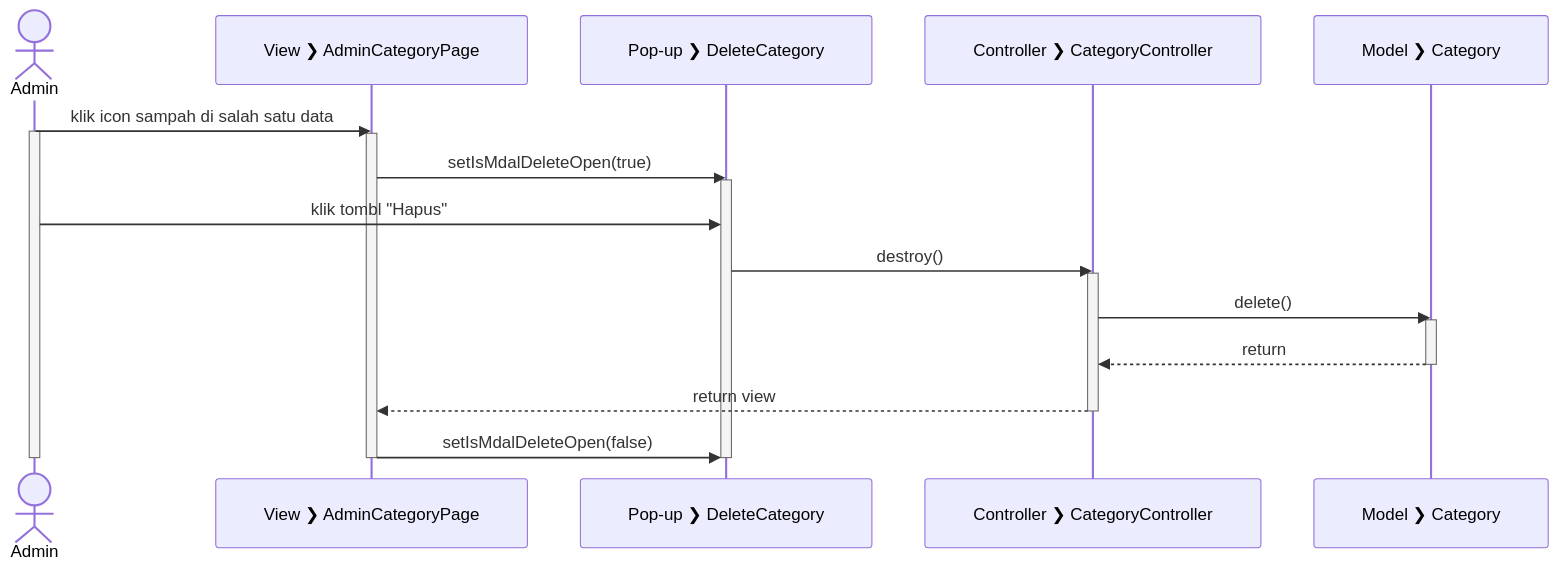
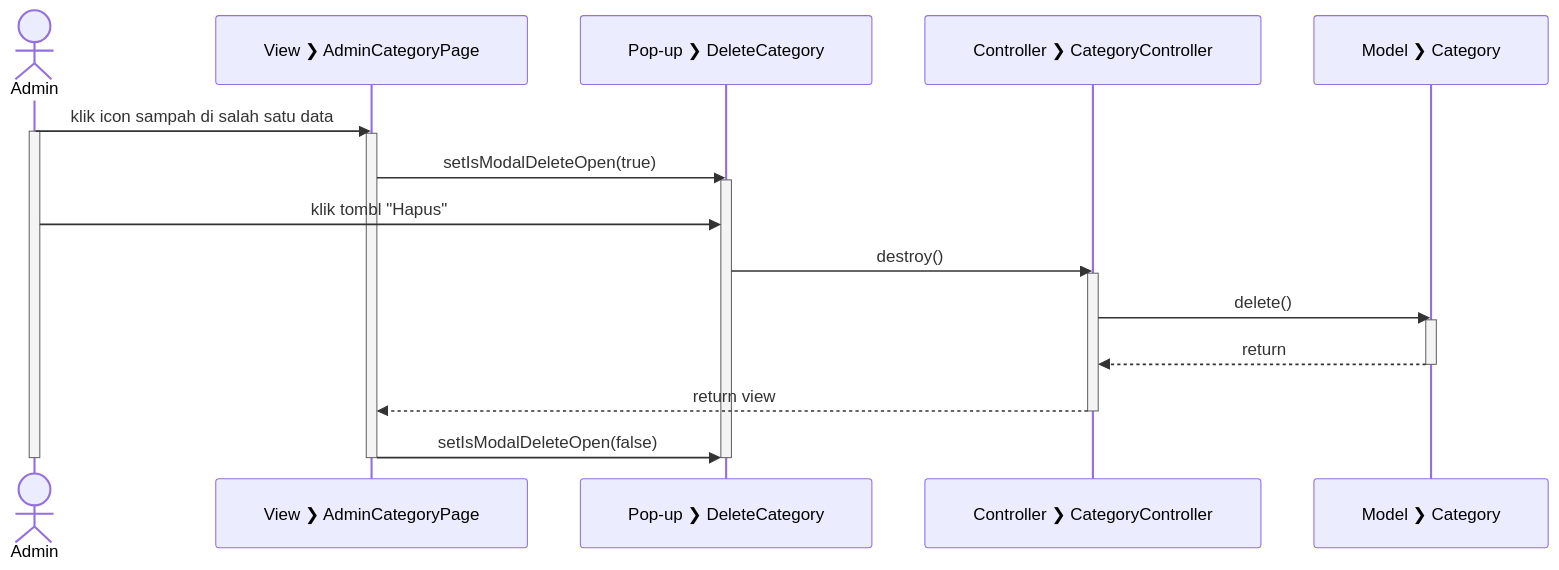
The diagram in sequence/DeleteStoreEtalase.mmd (rizalgrandonk/salesprint-diagrams), drawn with Mermaid before and after one commit. The commit also changed 11 other files, not shown here.

```diff
--- a/sequence/DeleteStoreEtalase.mmd
+++ b/sequence/DeleteStoreEtalase.mmd
@@ -1,40 +1,40 @@
 sequenceDiagram
   actor Admin
   participant V_ACP as View #10095; AdminCategoryPage
   participant P_DC as Pop-up #10095; DeleteCategory
   participant C_C as Controller #10095; CategoryController
   participant M_C as Model #10095; Category
   
   Admin->>V_ACP: klik icon sampah di salah satu data
   
   activate Admin
 
   activate V_ACP
 
-  V_ACP->>P_DC: setIsMdalDeleteOpen(true)
+  V_ACP->>P_DC: setIsModalDeleteOpen(true)
 
   activate P_DC
 
   Admin->>P_DC: klik tombl "Hapus"
   P_DC->>C_C: destroy()
 
   activate C_C
 
   C_C->>M_C: delete()
   
   activate M_C
   
   M_C-->>C_C: return
 
   deactivate M_C
 
   C_C-->>V_ACP: return view
 
   deactivate C_C
   
-  V_ACP->>P_DC: setIsMdalDeleteOpen(false)
+  V_ACP->>P_DC: setIsModalDeleteOpen(false)
 
   deactivate P_DC
   deactivate V_ACP
 
   deactivate Admin
```
